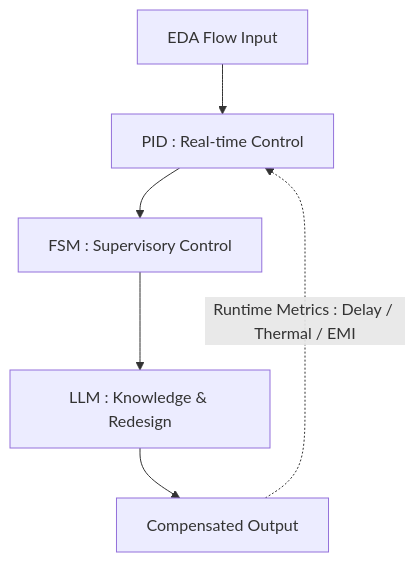
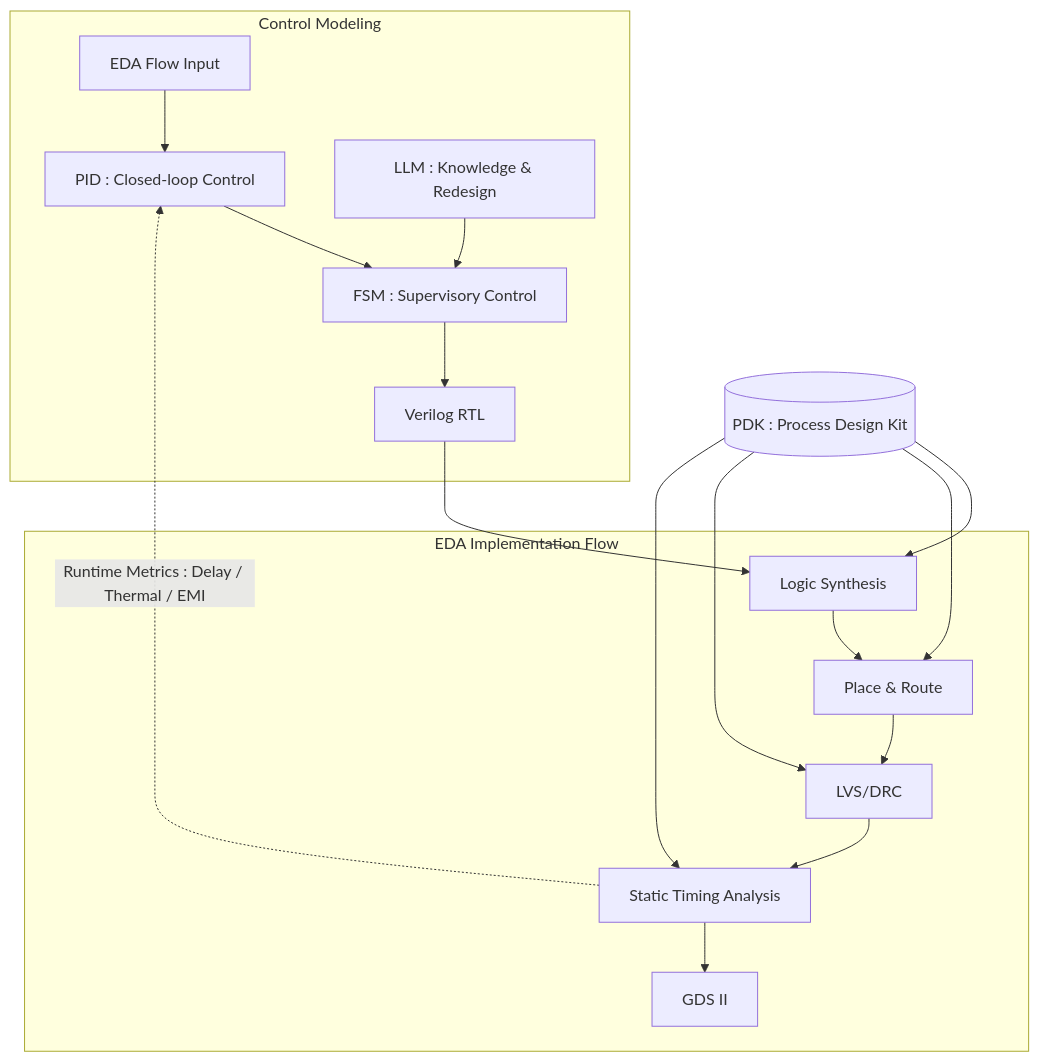
Before and after one commit to Samizo-AITL/Edusemi-v4x: the diagram in f_chapter6_research/index.md, drawn with Mermaid. The commit also changed other lines of this file, not shown here.

````diff
--- a/f_chapter6_research/index.md
+++ b/f_chapter6_research/index.md
@@ -45,10 +49,26 @@
 ```mermaid
 flowchart TB
-    A[EDA Flow Input] --> B[PID : Real-time Control]
-    B --> C[FSM : Supervisory Control]
-    C --> D[LLM : Knowledge & Redesign]
-    D --> E[Compensated Output]
+    subgraph Modeling [Control Modeling]
+        A[EDA Flow Input] --> B[PID : Closed-loop Control]
+        B --> C[FSM : Supervisory Control]
+        F[LLM : Knowledge & Redesign] --> C
+        C --> RTL[Verilog RTL]
+    end
+
+    subgraph EDA [EDA Implementation Flow]
+        RTL --> Synth[Logic Synthesis]
+        Synth --> PnR[Place & Route]
+        PnR --> LVS[LVS/DRC]
+        LVS --> STA[Static Timing Analysis]
+        STA --> GDS[GDS II]
+    end
 
     %% Feedback loop
-    E -.->|Runtime Metrics : Delay / Thermal / EMI| B
+    STA -.->|Runtime Metrics : Delay / Thermal / EMI| B
+
+    %% PDK supports downstream
+    PDK[(PDK : Process Design Kit)] --> Synth
+    PDK --> PnR
+    PDK --> LVS
+    PDK --> STA
 ```
````
